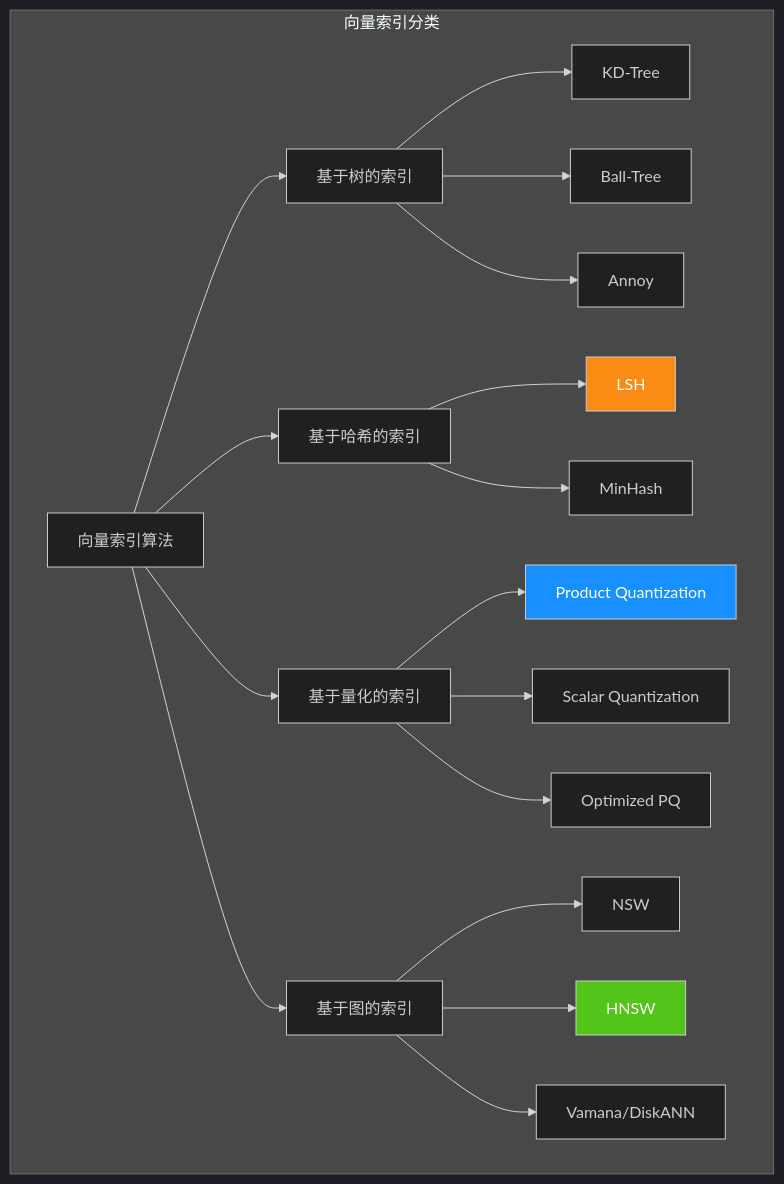
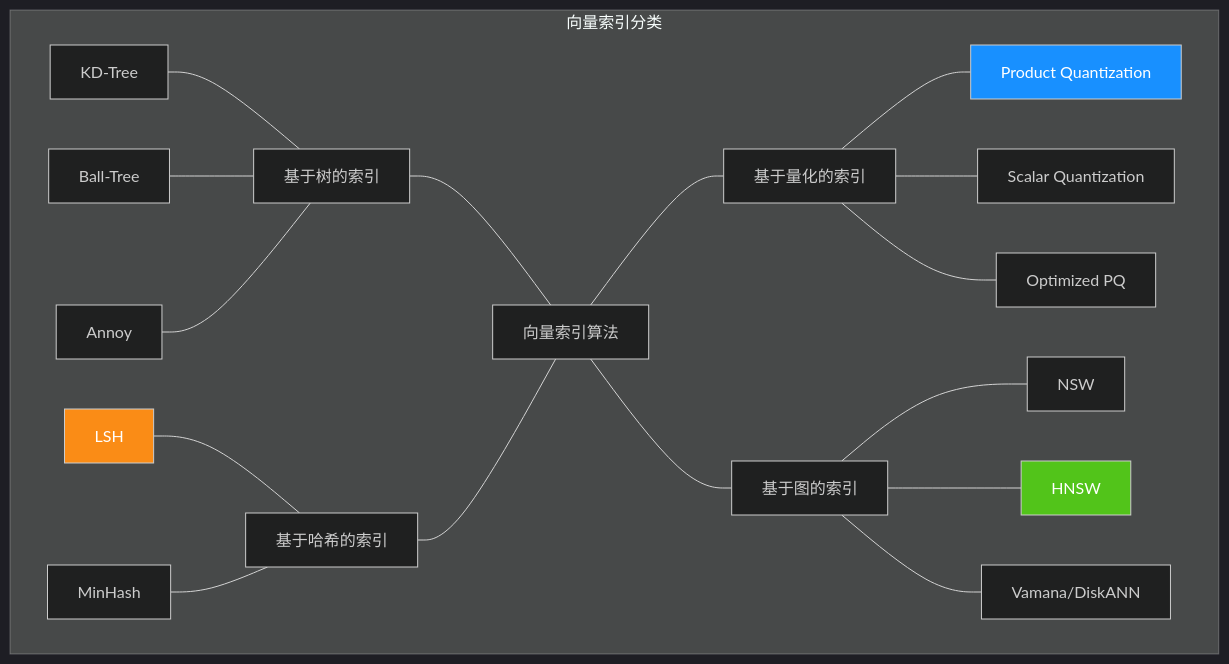
The sixth of 42 diagrams in docs/research/003-vector-search-algorithm.md (ThreeFish-AI/agentic-ai-cognizes), drawn with Mermaid before and after one commit. The commit also changed other lines of this file, not shown here.

First line of the commit message:
docs(Research): 优化向量索引分类图表布局与内容格式;

````diff
--- a/docs/research/003-vector-search-algorithm.md
+++ b/docs/research/003-vector-search-algorithm.md
@@ -268,31 +268,37 @@
 ```mermaid
 %%{init: {'theme': 'dark'}}%%
-graph TB
+graph LR
     subgraph "向量索引分类"
+        direction LR
         ROOT[向量索引算法]
 
-        ROOT --> TREE[基于树的索引]
-        ROOT --> HASH[基于哈希的索引]
-        ROOT --> QUANT[基于量化的索引]
-        ROOT --> GRAPH[基于图的索引]
+        %% 左侧分支 (Left Side)
+        TREE[基于树的索引] --- ROOT
+        HASH[基于哈希的索引] --- ROOT
 
-        TREE --> KD[KD-Tree]
-        TREE --> BALL[Ball-Tree]
-        TREE --> ANNOY[Annoy]
+        %% 左侧叶子 (Leaves extend to left)
+        KD[KD-Tree] --- TREE
+        BALL[Ball-Tree] --- TREE
+        ANNOY[Annoy] --- TREE
 
-        HASH --> LSH[LSH]
-        HASH --> MINHASH[MinHash]
+        LSH[LSH] --- HASH
+        MINHASH[MinHash] --- HASH
 
-        QUANT --> PQ[Product Quantization]
-        QUANT --> SQ[Scalar Quantization]
-        QUANT --> OPQ[Optimized PQ]
+        %% 右侧分支 (Right Side)
+        ROOT --- QUANT[基于量化的索引]
+        ROOT --- GRAPH[基于图的索引]
 
-        GRAPH --> NSW[NSW]
-        GRAPH --> HNSW[HNSW]
-        GRAPH --> VAMANA[Vamana/DiskANN]
+        %% 右侧叶子 (Leaves extend to right)
+        QUANT --- PQ[Product Quantization]
+        QUANT --- SQ[Scalar Quantization]
+        QUANT --- OPQ[Optimized PQ]
+
+        GRAPH --- NSW[NSW]
+        GRAPH --- HNSW[HNSW]
+        GRAPH --- VAMANA[Vamana/DiskANN]
     end
 
     style HNSW fill:#52c41a,color:#fff
     style PQ fill:#1890ff,color:#fff
     style LSH fill:#fa8c16,color:#fff
 ```
````
